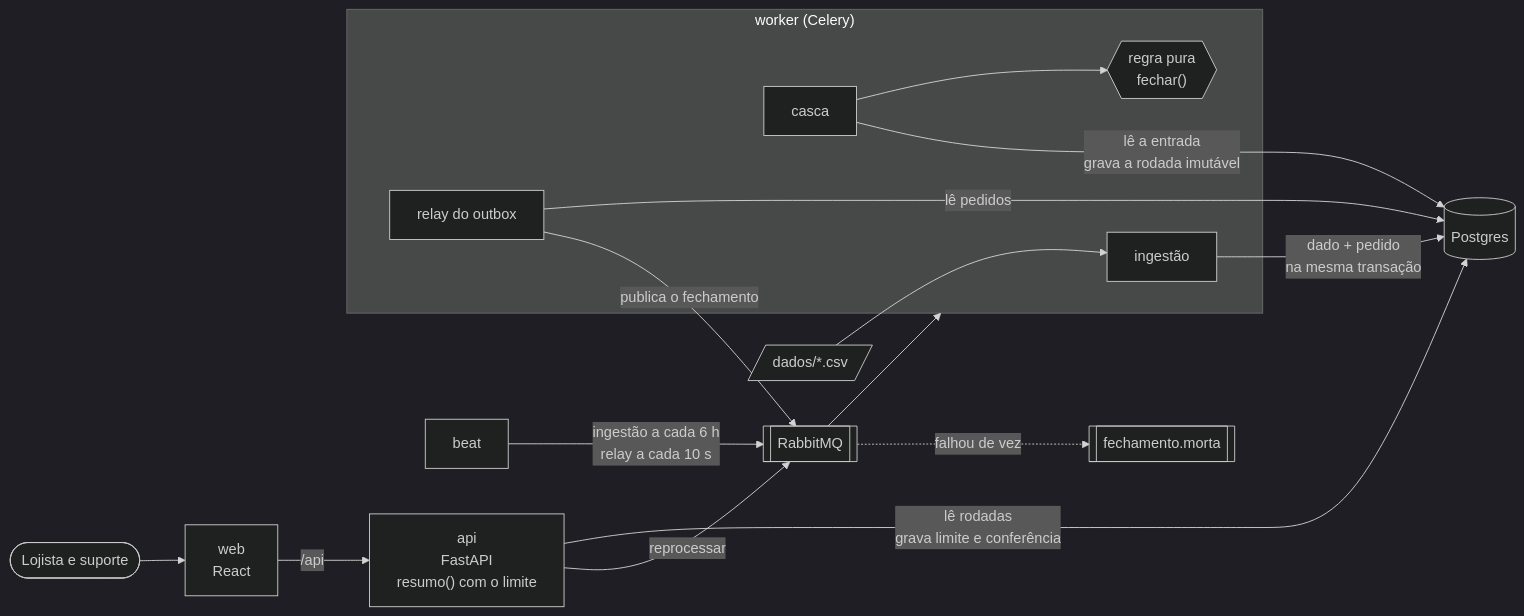
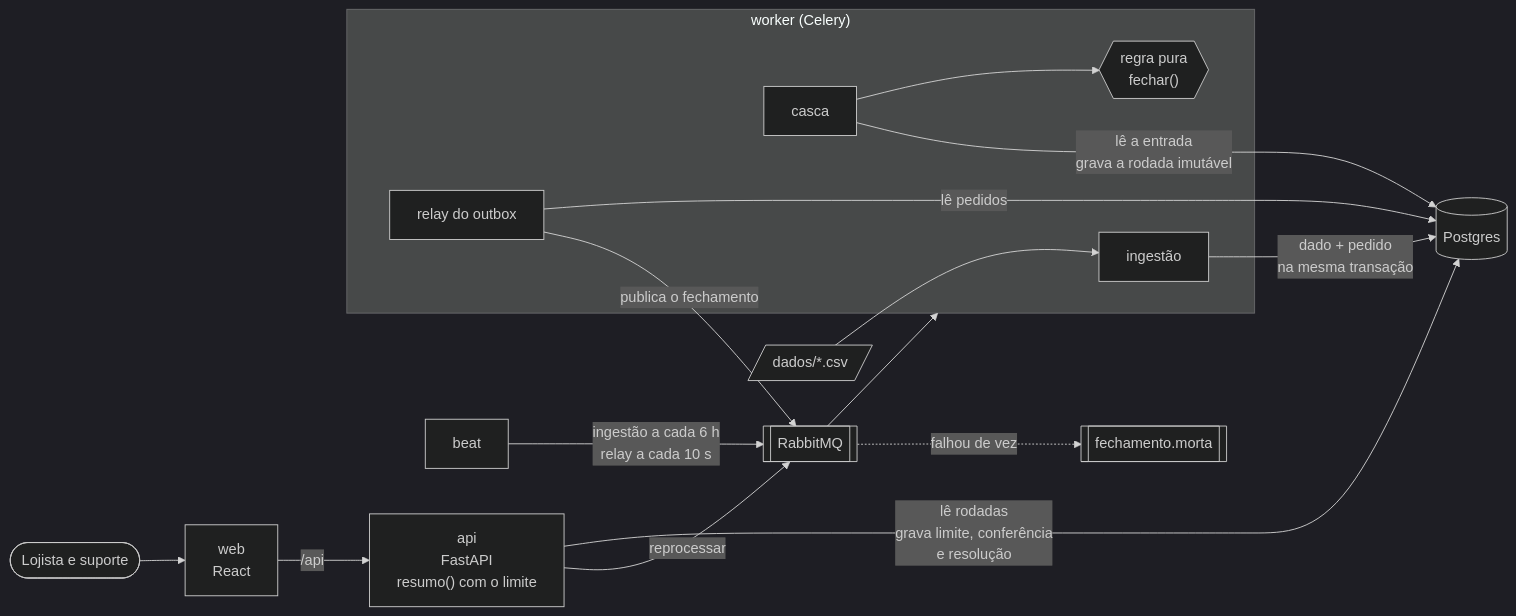
One commit to joaoespanha/sinkfi-fechamento changed the diagram in DECISOES.md. Above: the diagram before and after it, drawn with Mermaid (dark theme). The commit also changed other lines of this file, not shown here.

First line of the commit message:
docs: o DECISOES.md conta a resolução da pendência e tira o limite que o #59 corrigiu (#63)

````diff
--- a/DECISOES.md
+++ b/DECISOES.md
@@ -47,23 +47,23 @@
 ```mermaid
 flowchart LR
     pessoa(["Lojista e suporte"]) --> web["web<br/>React"]
     web -->|"/api"| api["api<br/>FastAPI<br/>resumo() com o limite"]
-    api -->|"lê rodadas<br/>grava limite e conferência"| pg[("Postgres")]
+    api -->|"lê rodadas<br/>grava limite, conferência<br/>e resolução"| pg[("Postgres")]
     api -->|"reprocessar"| mq
 
     beat["beat"] -->|"ingestão a cada 6 h<br/>relay a cada 10 s"| mq[["RabbitMQ"]]
     mq --> worker
     mq -.->|"falhou de vez"| morta[["fechamento.morta"]]
 
     subgraph worker["worker (Celery)"]
         ing["ingestão"]
         relay["relay do outbox"]
         casca["casca"] --> regra{{"regra pura<br/>fechar()"}}
     end
 
     dados[/"dados/*.csv"/] --> ing
     ing -->|"dado + pedido<br/>na mesma transação"| pg
     relay -->|"lê pedidos"| pg
     relay -->|"publica o fechamento"| mq
     casca -->|"lê a entrada<br/>grava a rodada imutável"| pg
 ```
````
